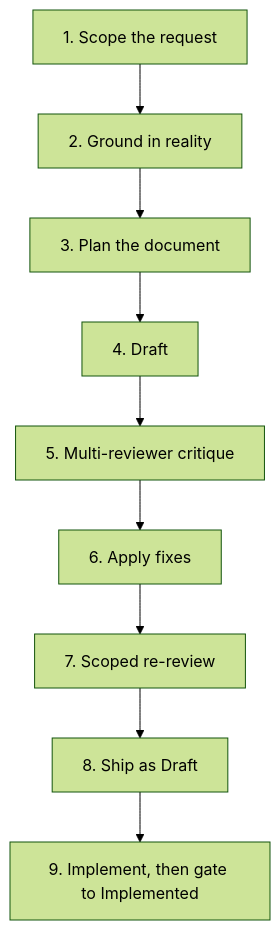
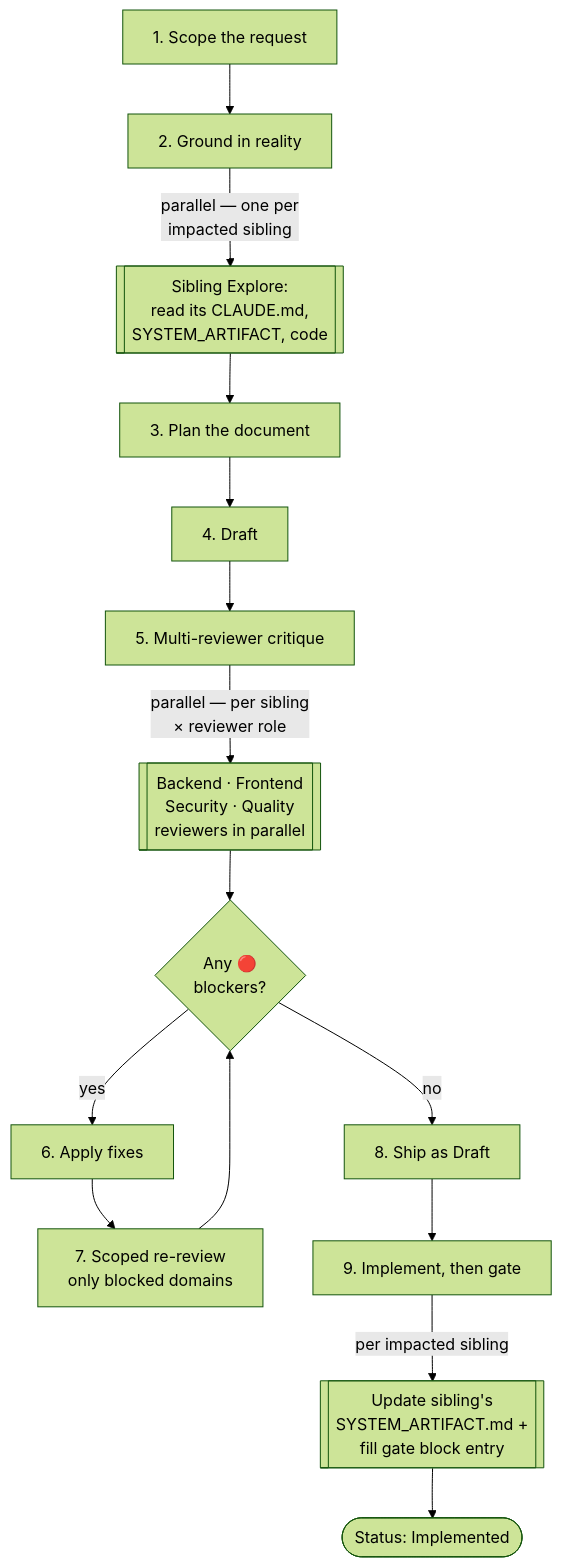
One commit to angelkurten/specforge-framework changed the diagram in README.es.md. Above: the diagram before and after it, drawn with Mermaid (forest theme). The commit also changed other lines of this file and 1 other file, not shown here.

Commit message:
README workflow diagram: show sibling fan-out and cyclic review
The previous flowchart was linear and hid two important properties of
the workflow. This diagram shows them explicitly:

- Steps 2, 5 and 9 fan out across the impacted siblings (one Explore
  agent per sibling for grounding, one reviewer instance per sibling ×
  role for critique, one SYSTEM_ARTIFACT.md update per sibling at
  implementation). The sibling work is drawn as a subroutine node
  ([[...]]) on a labelled edge ("parallel — one per impacted sibling")
  so readers see where the parallelism lives.

- The review phase (5 → 6 → 7) is cyclic, not linear. A decision node
  checks for 🔴 blockers after every review pass; on yes, the PRD goes
  back through fixes and scoped re-review; on no, it proceeds to ship.
  Previously the diagram showed a one-shot 5 → 6 → 7 → 8 that did not
  match rule 7 (scoped re-review loops until clean).

Applied to both README.md and README.es.md with identical mermaid
(diagram labels stay in English per the existing Spanish README note).
Added one paragraph under each diagram explaining the fan-out and the
cyclic review.

````diff
--- a/README.es.md
+++ b/README.es.md
@@ -104,11 +104,17 @@
 ```mermaid
 flowchart TB
     scope[1. Scope the request] --> ground[2. Ground in reality]
-    ground --> plan[3. Plan the document]
+    ground -->|parallel — one per<br/>impacted sibling| siblingsGround[[Sibling Explore:<br/>read its CLAUDE.md,<br/>SYSTEM_ARTIFACT, code]]
+    siblingsGround --> plan[3. Plan the document]
     plan --> draft[4. Draft]
     draft --> review[5. Multi-reviewer critique]
-    review --> fixes[6. Apply fixes]
-    fixes --> rereview[7. Scoped re-review]
-    rereview --> merge[8. Ship as Draft]
-    merge --> impl[9. Implement, then gate to Implemented]
+    review -->|parallel — per sibling<br/>× reviewer role| reviewers[[Backend · Frontend<br/>Security · Quality<br/>reviewers in parallel]]
+    reviewers --> decide{Any 🔴<br/>blockers?}
+    decide -->|yes| fixes[6. Apply fixes]
+    fixes --> rereview[7. Scoped re-review<br/>only blocked domains]
+    rereview --> decide
+    decide -->|no| ship[8. Ship as Draft]
+    ship --> impl[9. Implement, then gate]
+    impl -->|per impacted sibling| siblingsImpl[[Update sibling's<br/>SYSTEM_ARTIFACT.md +<br/>fill gate block entry]]
+    siblingsImpl --> done([Status: Implemented])
 ```
````
